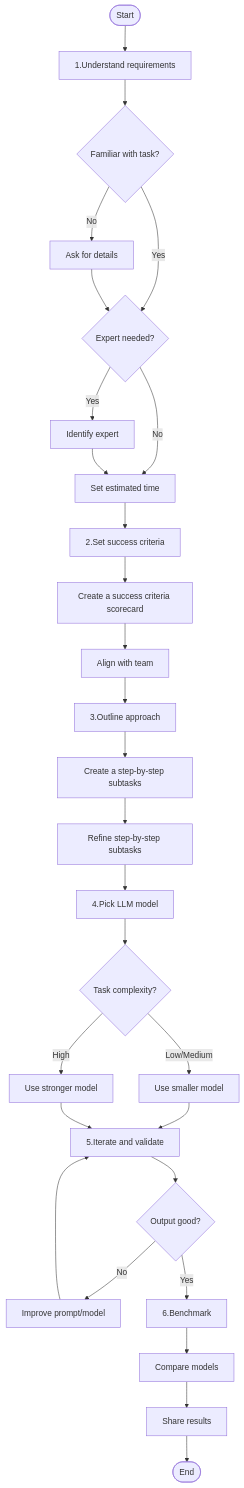
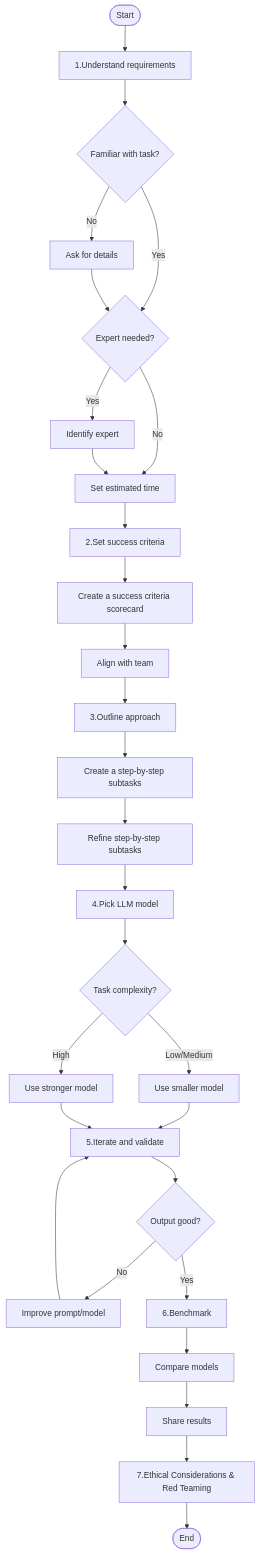
One commit to nopitown/ai-tips-and-notes changed the diagram in development/mental-model.md. Above: the diagram before and after it, drawn with Mermaid. The commit also changed other lines of this file, not shown here.

````diff
--- a/development/mental-model.md
+++ b/development/mental-model.md
@@ -124,38 +146,39 @@
 ```mermaid
 flowchart TD
     Start([Start]) --> Step1[1.Understand requirements]
     
     Step1 --> Question1{Familiar with task?}
     Question1 -->|No| Action1[Ask for details]
     Question1 -->|Yes| Question2{Expert needed?}
     Action1 --> Question2
     
     Question2 -->|Yes| Action2[Identify expert]
     Question2 -->|No| Time[Set estimated time]
     Action2 --> Time
     
     Time --> Step2[2.Set success criteria]
     Step2 --> Scorecard[Create a success criteria scorecard]
     Scorecard --> Align[Align with team]
     
     Align --> Step3[3.Outline approach]
     Step3 --> Checklist[Create a step-by-step subtasks]
     Checklist --> Refine[Refine step-by-step subtasks]
     
     Refine --> Step4[4.Pick LLM model]
     Step4 --> Complexity{Task complexity?}
     Complexity -->|Low/Medium| Small[Use smaller model]
     Complexity -->|High| Strong[Use stronger model]
     
     Small --> Step5[5.Iterate and validate]
     Strong --> Step5
     Step5 --> Good{Output good?}
     
     Good -->|No| Improve[Improve prompt/model]
     Improve --> Step5
     
     Good -->|Yes| Step6[6.Benchmark]
     Step6 --> Compare[Compare models]
     Compare --> Results[Share results]
-    Results --> End([End])
+    Results --> Step7[7.Ethical Considerations & Red Teaming]
+    Step7 --> End([End])
 ```
````
